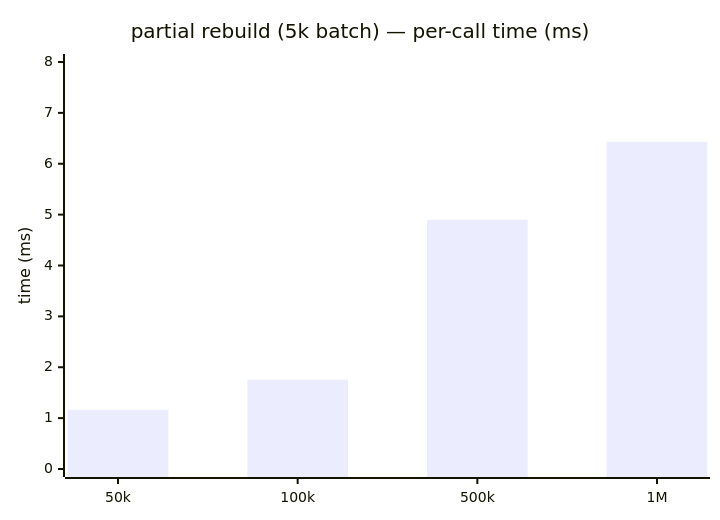
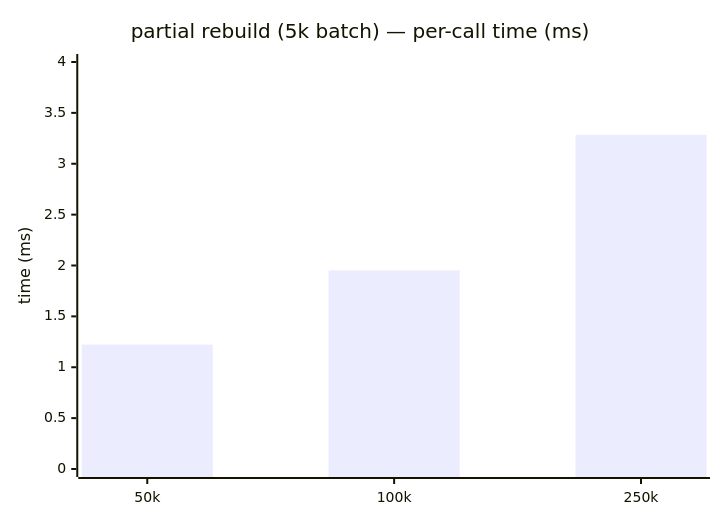
Before and after one commit to dch4o/copse: the first of 2 diagrams in docs/benchmark/rebuild.md, drawn with Mermaid. The commit also changed other lines of this file and 26 other files, not shown here.

````diff
--- a/docs/benchmark/rebuild.md
+++ b/docs/benchmark/rebuild.md
@@ -47,7 +46,7 @@
 ```mermaid
 xychart-beta
     title "partial rebuild (5k batch) — per-call time (ms)"
-    x-axis [50k, 100k, 500k, 1M]
-    y-axis "time (ms)" 0 --> 8
-    bar [1.164, 1.756, 4.899, 6.432]
+    x-axis [50k, 100k, 250k]
+    y-axis "time (ms)" 0 --> 4
+    bar [1.223, 1.952, 3.283]
 ```
````
